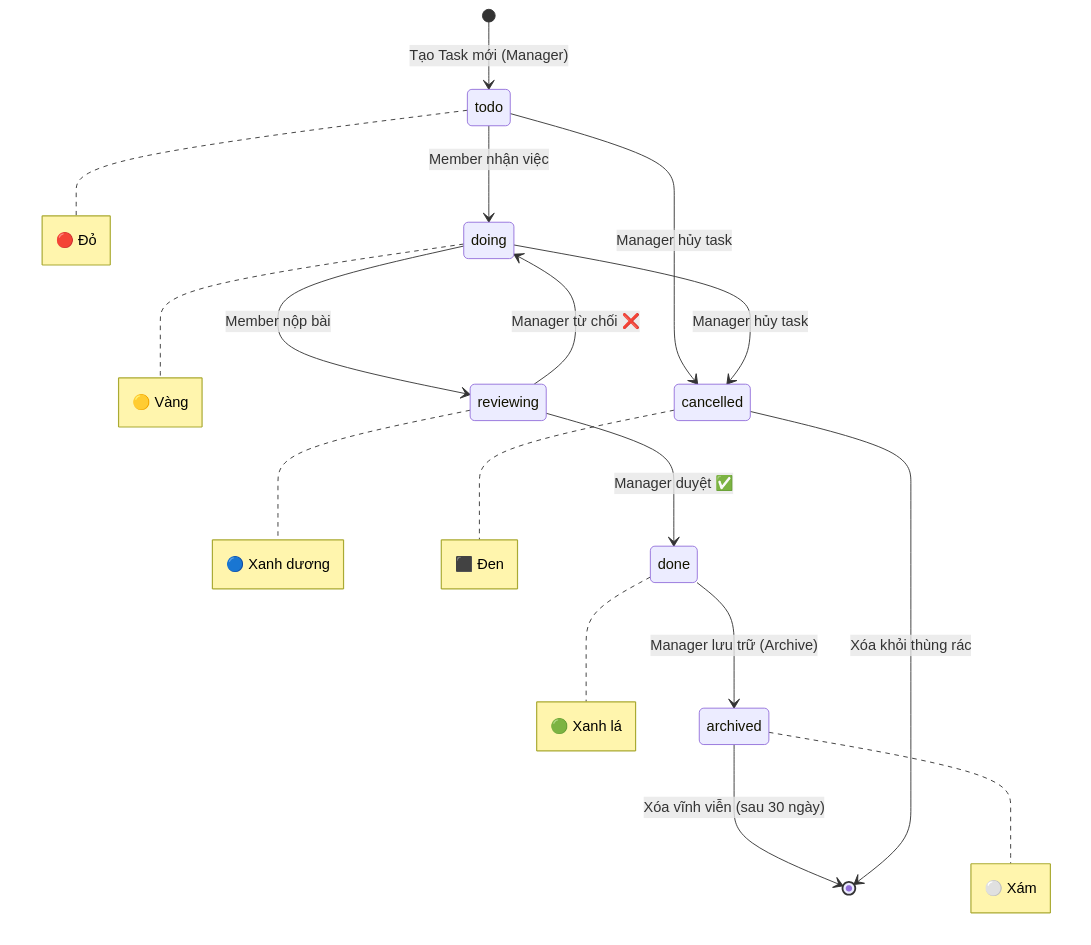
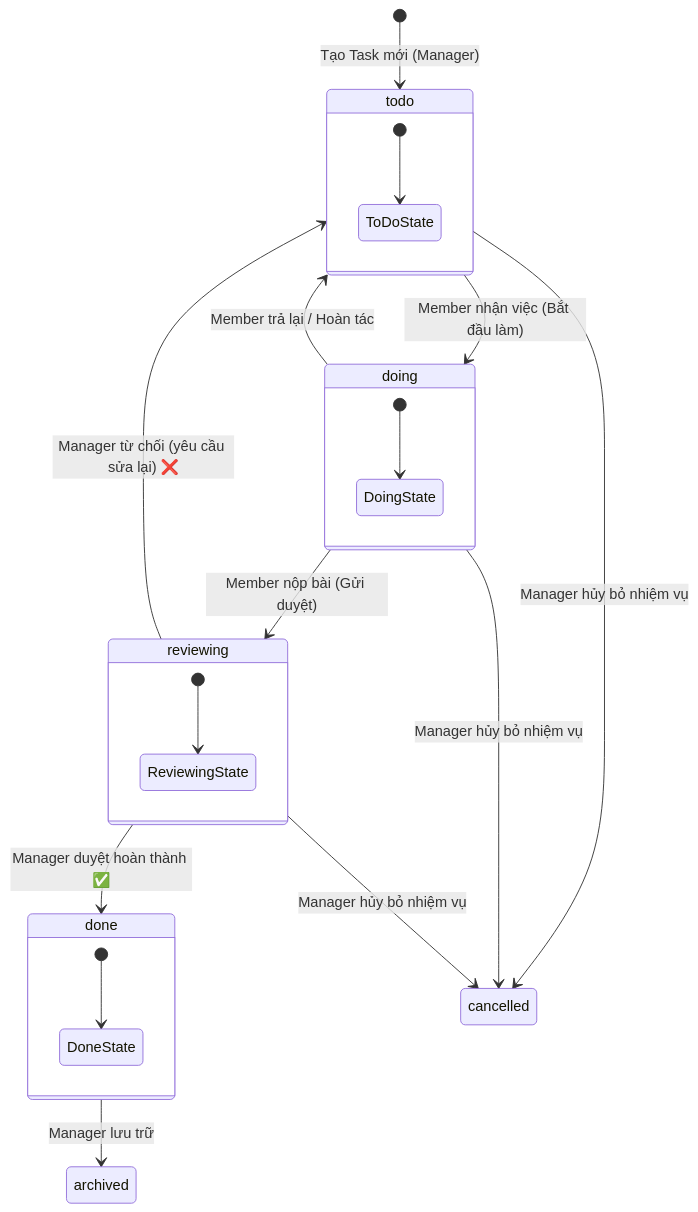
Before and after one commit to ttt-huong/TaskFlow_Huong_Thuong_Cuong_N03_1_2026: diagram 17 of 24 in docs/uml_va_luong_hoat_dong.md, drawn with Mermaid. The commit also changed other lines of this file and 3 other files, not shown here.

Commit message:
docs: redesign UML diagrams and add final course reports

````diff
--- a/docs/uml_va_luong_hoat_dong.md
+++ b/docs/uml_va_luong_hoat_dong.md
@@ -475,22 +755,31 @@
 ```mermaid
 stateDiagram-v2
     [*] --> todo : Tạo Task mới (Manager)
-    todo --> doing : Member nhận việc
-    doing --> reviewing : Member nộp bài
-    reviewing --> done : Manager duyệt ✅
-    reviewing --> doing : Manager từ chối ❌
-    
-    done --> archived : Manager lưu trữ (Archive)
-    archived --> [*] : Xóa vĩnh viễn (sau 30 ngày)
-    
-    todo --> cancelled : Manager hủy task
-    doing --> cancelled : Manager hủy task
-    cancelled --> [*] : Xóa khỏi thùng rác
-    
-    note right of todo : 🔴 Đỏ
-    note right of doing : 🟡 Vàng
-    note right of reviewing : 🔵 Xanh dương
-    note right of done : 🟢 Xanh lá
-    note right of archived : ⚪ Xám
-    note right of cancelled : ⬛ Đen
+    todo --> doing : Member nhận việc (Bắt đầu làm)
+    doing --> reviewing : Member nộp bài (Gửi duyệt)
+    doing --> todo : Member trả lại / Hoàn tác
+    reviewing --> done : Manager duyệt hoàn thành ✅
+    reviewing --> todo : Manager từ chối (yêu cầu sửa lại) ❌
+    done --> archived : Manager lưu trữ
+    todo --> cancelled : Manager hủy bỏ nhiệm vụ
+    doing --> cancelled : Manager hủy bỏ nhiệm vụ
+    reviewing --> cancelled : Manager hủy bỏ nhiệm vụ
+
+    state todo {
+        [*] --> ToDoState
+    }
+    state doing {
+        [*] --> DoingState
+    }
+    state reviewing {
+        [*] --> ReviewingState
+    }
+    state done {
+        [*] --> DoneState
+    }
+
+    style todo fill:#fee2e2,stroke:#ef4444
+    style doing fill:#fef3c7,stroke:#f59e0b
+    style reviewing fill:#dbeafe,stroke:#3b82f6
+    style done fill:#dcfce7,stroke:#10b981
 ```
````
